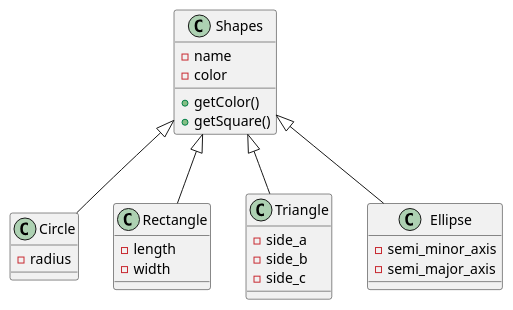
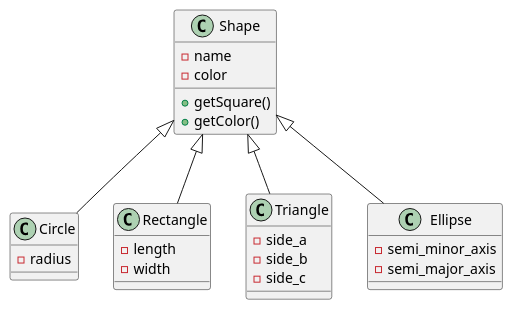
The diagram in UML practice/docs/diagrams/src/Shapes.wsd (milovdg/UMLPractice), drawn with PlantUML before and after one commit. The commit also changed 3 other files, not shown here.

```diff
--- a/UML practice/docs/diagrams/src/Shapes.wsd
+++ b/UML practice/docs/diagrams/src/Shapes.wsd
@@ -1,24 +1,24 @@
 @startuml
-Shapes <|-- Circle
+Shape <|-- Circle
+Shape : +getSquare()
 
 Circle : -radius
 
-Shapes : -name
-Shapes : -color
-Shapes : +getColor()
-Shapes : +getSquare()
+Shape : -name
+Shape : -color
+Shape : +getColor()
 
-Shapes <|-- Rectangle
+Shape <|-- Rectangle
 Rectangle : -length
 Rectangle : -width
 
-Shapes <|-- Triangle
+Shape <|-- Triangle
 Triangle : -side_a
 Triangle : -side_b
 Triangle : -side_c
 
-Shapes <|-- Ellipse
+Shape <|-- Ellipse
 Ellipse : -semi_minor_axis
 Ellipse : -semi_major_axis
 
 @enduml
```
